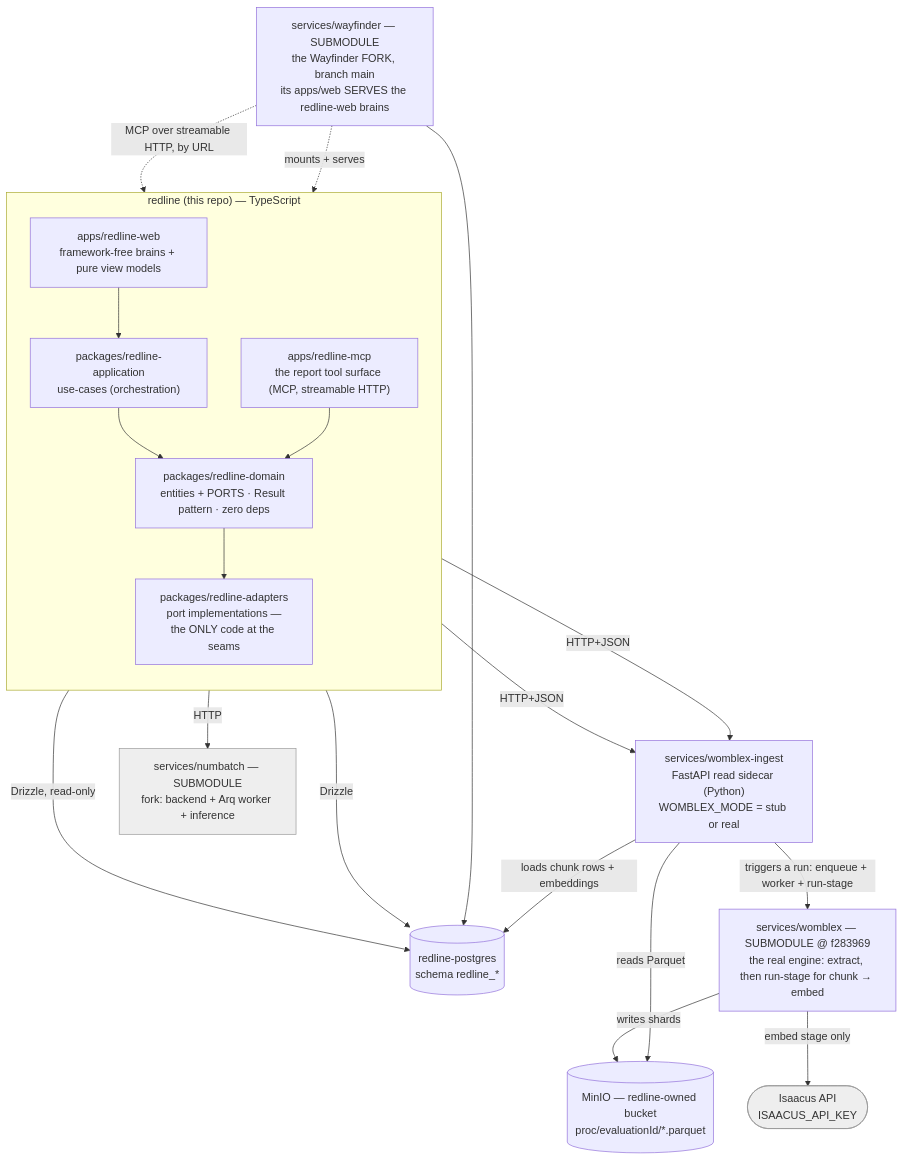
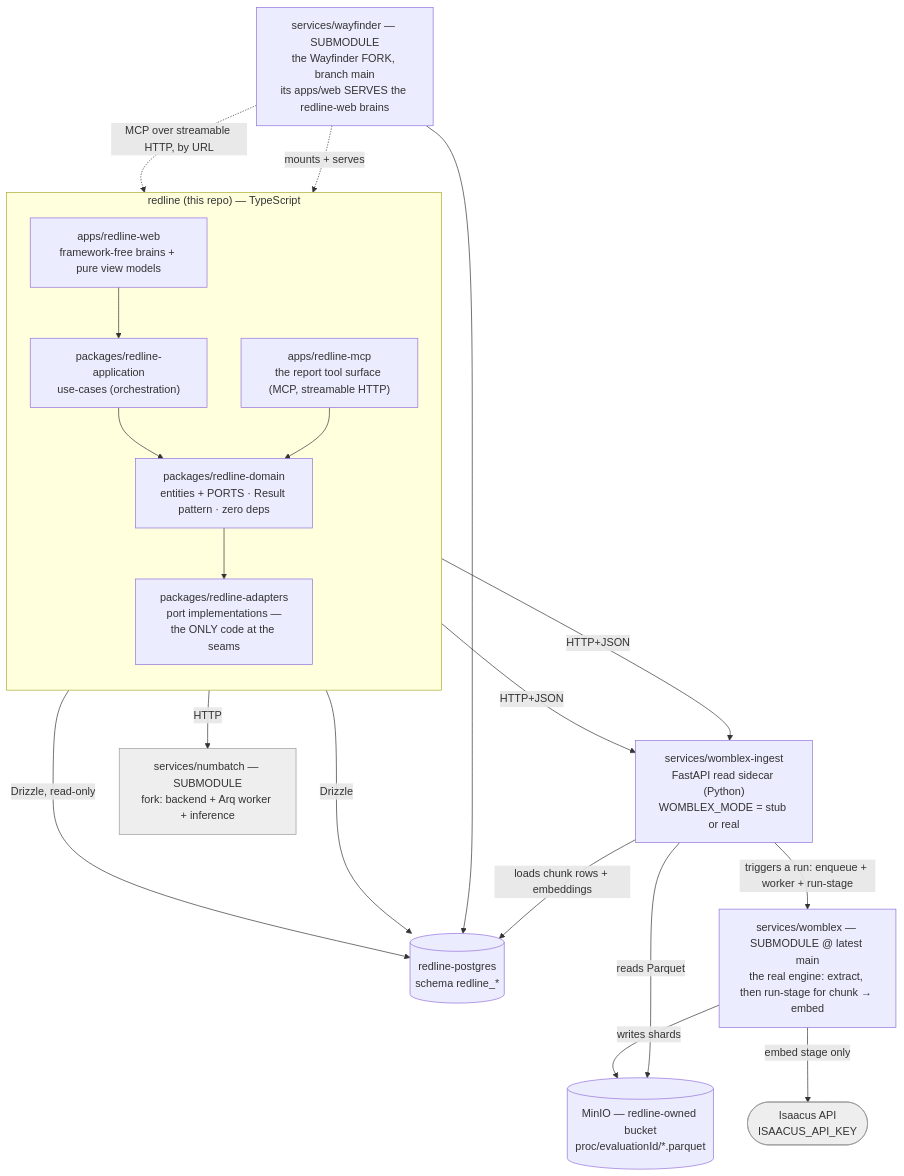
The first of 2 diagrams in docs/architecture.md (DeepCivic/Redline), drawn with Mermaid before and after one commit. The commit also changed other lines of this file and 2 other files, not shown here.

````diff
--- a/docs/architecture.md
+++ b/docs/architecture.md
@@ -97,35 +97,35 @@
 ```mermaid
 flowchart TB
     subgraph rl["redline (this repo) — TypeScript"]
         direction TB
         web["apps/redline-web<br/>framework-free brains + pure view models"]
         mcp["apps/redline-mcp<br/>the report tool surface (MCP, streamable HTTP)"]
         app["packages/redline-application<br/>use-cases (orchestration)"]
         dom["packages/redline-domain<br/>entities + PORTS · Result pattern · zero deps"]
         adp["packages/redline-adapters<br/>port implementations —<br/>the ONLY code at the seams"]
         web --> app --> dom --> adp
         mcp --> dom
     end
 
     adp -->|HTTP+JSON| sidecar["services/womblex-ingest<br/>FastAPI read sidecar (Python)<br/>WOMBLEX_MODE = stub or real"]
     adp -->|HTTP| numbatch["services/numbatch — SUBMODULE<br/>fork: backend + Arq worker + inference"]
     adp -->|Drizzle| pg[("redline-postgres<br/>schema redline_*")]
 
     sidecar -->|reads Parquet| minio[("MinIO — redline-owned bucket<br/>proc/evaluationId/*.parquet")]
     sidecar -->|loads chunk rows + embeddings| pg
     sidecar -->|triggers a run: enqueue + worker + run-stage| engine
-    engine["services/womblex — SUBMODULE @ f283969<br/>the real engine: extract, then run-stage for chunk → embed"]
+    engine["services/womblex — SUBMODULE @ latest main<br/>the real engine: extract, then run-stage for chunk → embed"]
     engine -->|writes shards| minio
     engine -->|embed stage only| isaacus(["Isaacus API<br/>ISAACUS_API_KEY"])
 
     mcp -->|Drizzle, read-only| pg
     mcp -->|HTTP+JSON| sidecar
 
     fork["services/wayfinder — SUBMODULE<br/>the Wayfinder FORK, branch main<br/>its apps/web SERVES the redline-web brains"]
     fork -.->|mounts + serves| web
     fork -.->|MCP over streamable HTTP, by URL| mcp
     fork --> pg
 
     classDef ext fill:#eee,stroke:#999,color:#333
     class isaacus,numbatch ext
 ```
````
